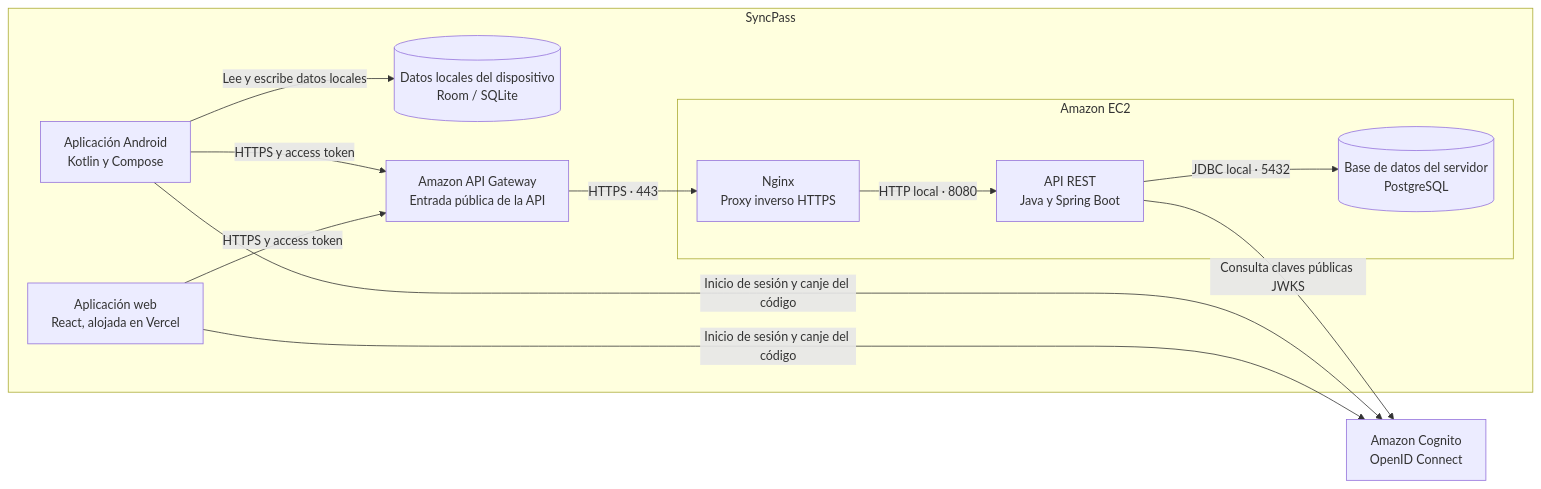
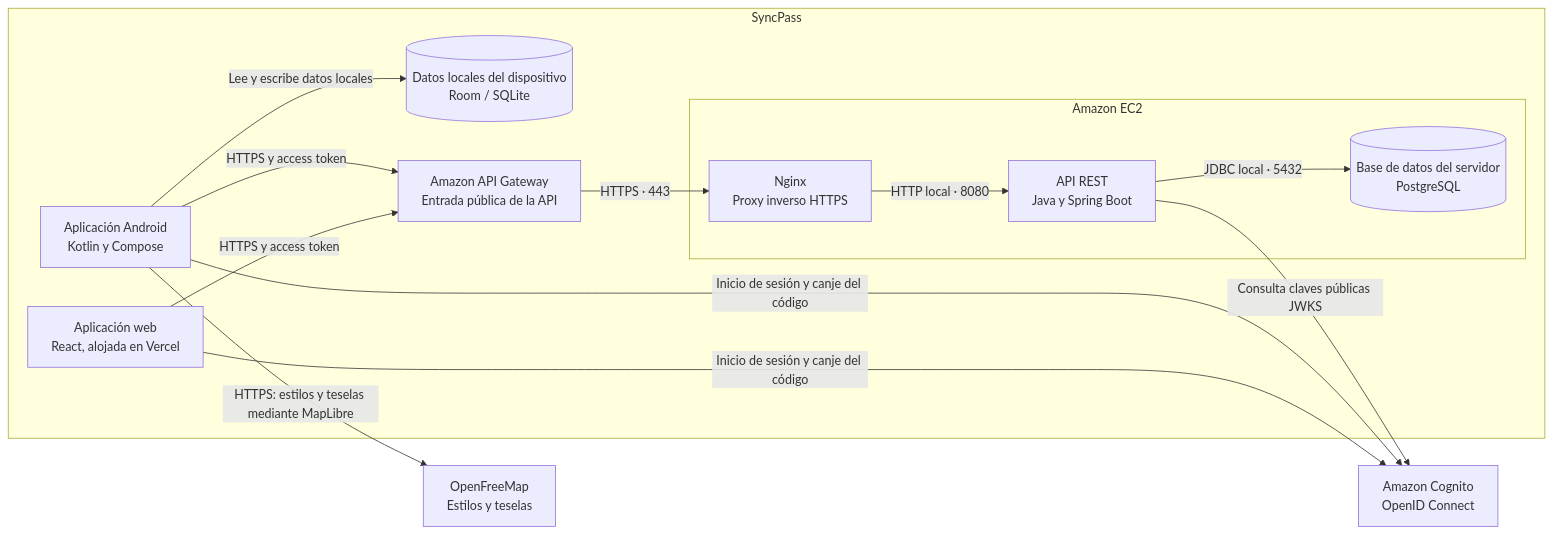
The second of 3 diagrams in docs/ARQUITECTURA.md (issa121212/SyncPass), drawn with Mermaid before and after one commit. The commit also changed other lines of this file, not shown here.

Commit message:
docs(arquitectura): actualiza diagramas C4 de la entrega local

````diff
--- a/docs/ARQUITECTURA.md
+++ b/docs/ARQUITECTURA.md
@@ -20,24 +22,26 @@
 ```mermaid
 flowchart LR
     cognito["Amazon Cognito<br/>OpenID Connect"]
+    maps["OpenFreeMap<br/>Estilos y teselas"]
     subgraph sistema["SyncPass"]
         android["Aplicación Android<br/>Kotlin y Compose"]
         room[("Datos locales del dispositivo<br/>Room / SQLite")]
         web["Aplicación web<br/>React, alojada en Vercel"]
         gateway["Amazon API Gateway<br/>Entrada pública de la API"]
         subgraph ec2["Amazon EC2"]
             nginx["Nginx<br/>Proxy inverso HTTPS"]
             api["API REST<br/>Java y Spring Boot"]
             postgres[("Base de datos del servidor<br/>PostgreSQL")]
         end
         android -->|"Lee y escribe datos locales"| room
         android -->|"HTTPS y access token"| gateway
         web -->|"HTTPS y access token"| gateway
         gateway -->|"HTTPS · 443"| nginx
         nginx -->|"HTTP local · 8080"| api
         api -->|"JDBC local · 5432"| postgres
     end
+    android -->|"HTTPS: estilos y teselas mediante MapLibre"| maps
     android -->|"Inicio de sesión y canje del código"| cognito
     web -->|"Inicio de sesión y canje del código"| cognito
     api -->|"Consulta claves públicas JWKS"| cognito
 ```
````
